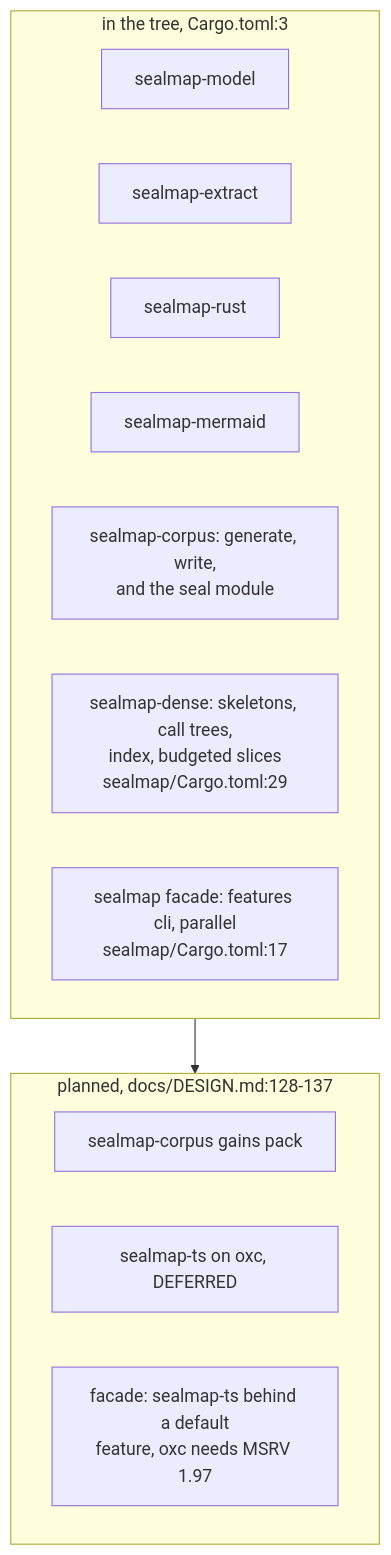
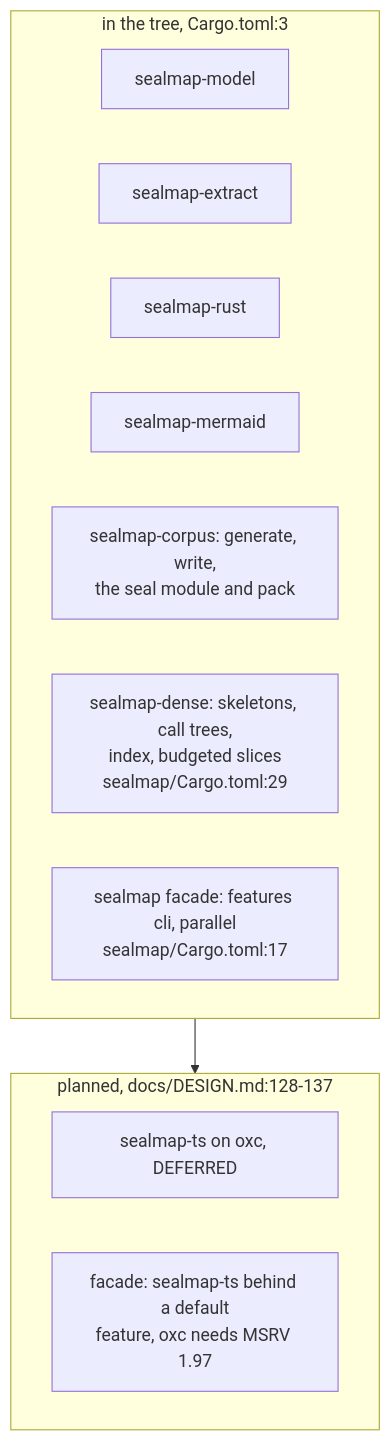
Before and after one commit to DreamLab-AI/codemaid: the fifth of 6 diagrams in docs/diagrams/delivery/02-design-versus-code.md, drawn with Mermaid. The commit also changed other lines of this file and 23 other files, not shown here.

````diff
--- a/docs/diagrams/delivery/02-design-versus-code.md
+++ b/docs/diagrams/delivery/02-design-versus-code.md
@@ -205,18 +207,17 @@
 ```mermaid
 flowchart TB
     subgraph HAVE["in the tree, Cargo.toml:3"]
         H1["sealmap-model"]
         H2["sealmap-extract"]
         H3["sealmap-rust"]
         H4["sealmap-mermaid"]
-        H5["sealmap-corpus: generate, write,<br/>and the seal module"]
+        H5["sealmap-corpus: generate, write,<br/>the seal module and pack"]
         H7["sealmap-dense: skeletons, call trees,<br/>index, budgeted slices<br/>sealmap/Cargo.toml:29"]
         H6["sealmap facade: features cli, parallel<br/>sealmap/Cargo.toml:17"]
     end
     subgraph PLANNED["planned, docs/DESIGN.md:128-137"]
-        P2["sealmap-corpus gains pack"]
         P3["sealmap-ts on oxc, DEFERRED"]
         P4["facade: sealmap-ts behind a default<br/>feature, oxc needs MSRV 1.97"]
     end
     HAVE --> PLANNED
 ```
````
